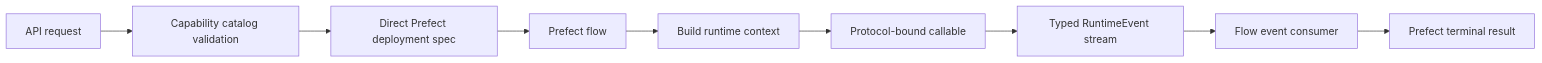
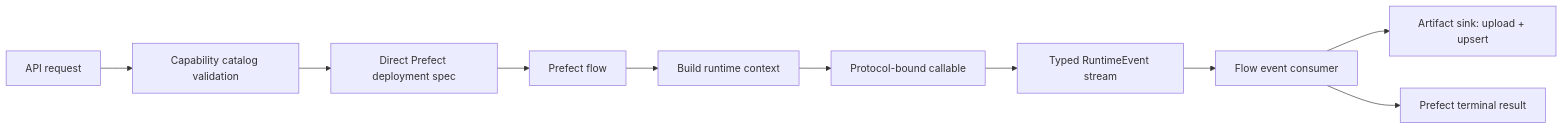
Before and after one commit to teepoy/web-training-platform: the diagram in docs/architecture/runtime-registration-contract.md, drawn with Mermaid. The commit also changed other lines of this file and 36 other files, not shown here.

````diff
--- a/docs/architecture/runtime-registration-contract.md
+++ b/docs/architecture/runtime-registration-contract.md
@@ -161,11 +169,12 @@
 ```mermaid
 flowchart LR
     A["API request"] --> B["Capability catalog validation"]
     B --> C["Direct Prefect deployment spec"]
     C --> D["Prefect flow"]
     D --> E["Build runtime context"]
     E --> F["Protocol-bound callable"]
     F --> G["Typed RuntimeEvent stream"]
     G --> H["Flow event consumer"]
-    H --> I["Prefect terminal result"]
+    H --> I["Artifact sink: upload + upsert"]
+    H --> J["Prefect terminal result"]
 ```
````
